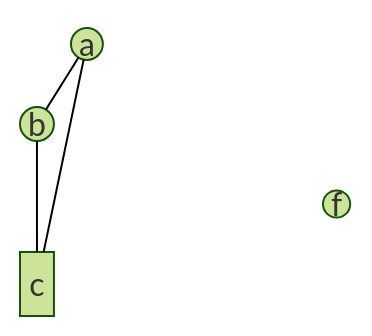
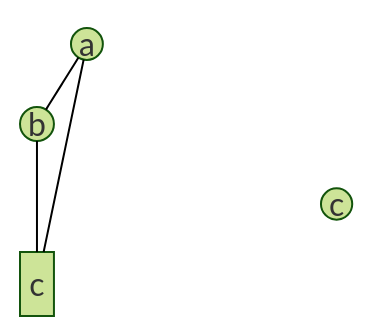
The eighth of 10 diagrams in Assuntos/grafo.md (BenhurUFSM/l226b), drawn with Mermaid (forest theme) before and after one commit. The commit also changed other lines of this file, not shown here.

````diff
--- a/Assuntos/grafo.md
+++ b/Assuntos/grafo.md
@@ -537,10 +537,10 @@
 ```mermaid
 block
 columns 7
 space a(("a")) space:5
 b(("b")) space:6
-space:6 f(("f"))
+space:6 f(("c"))
 a---b
 b---c
 c---a
 ```
````
